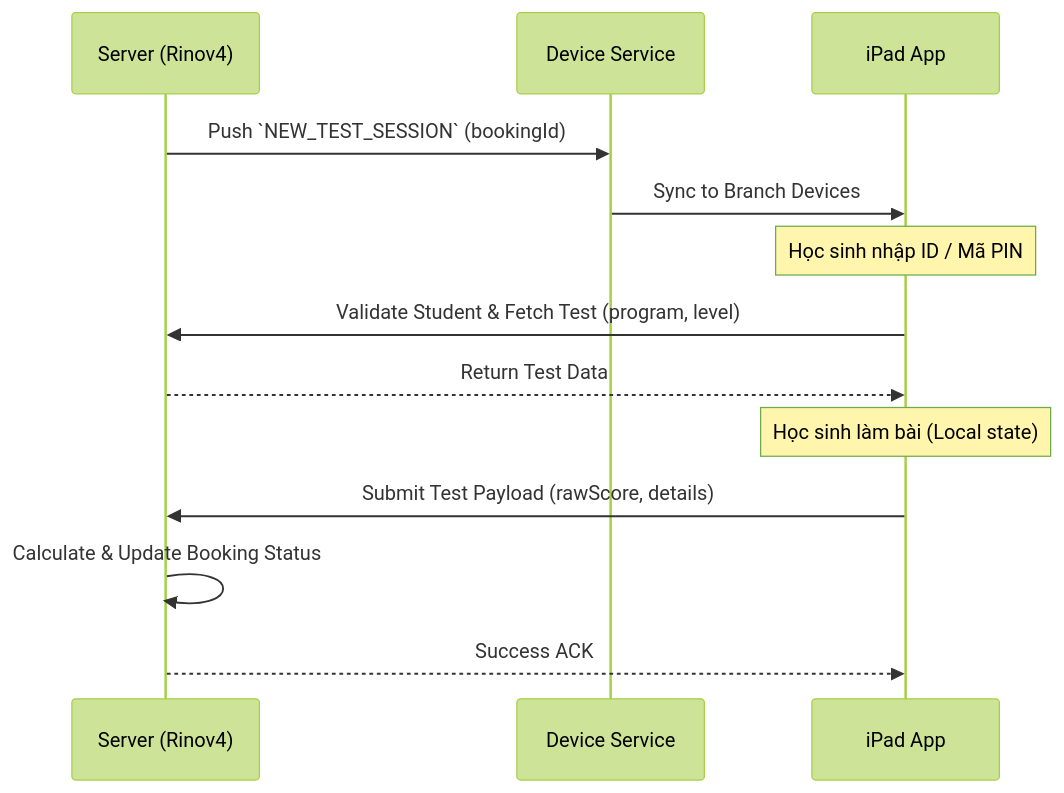
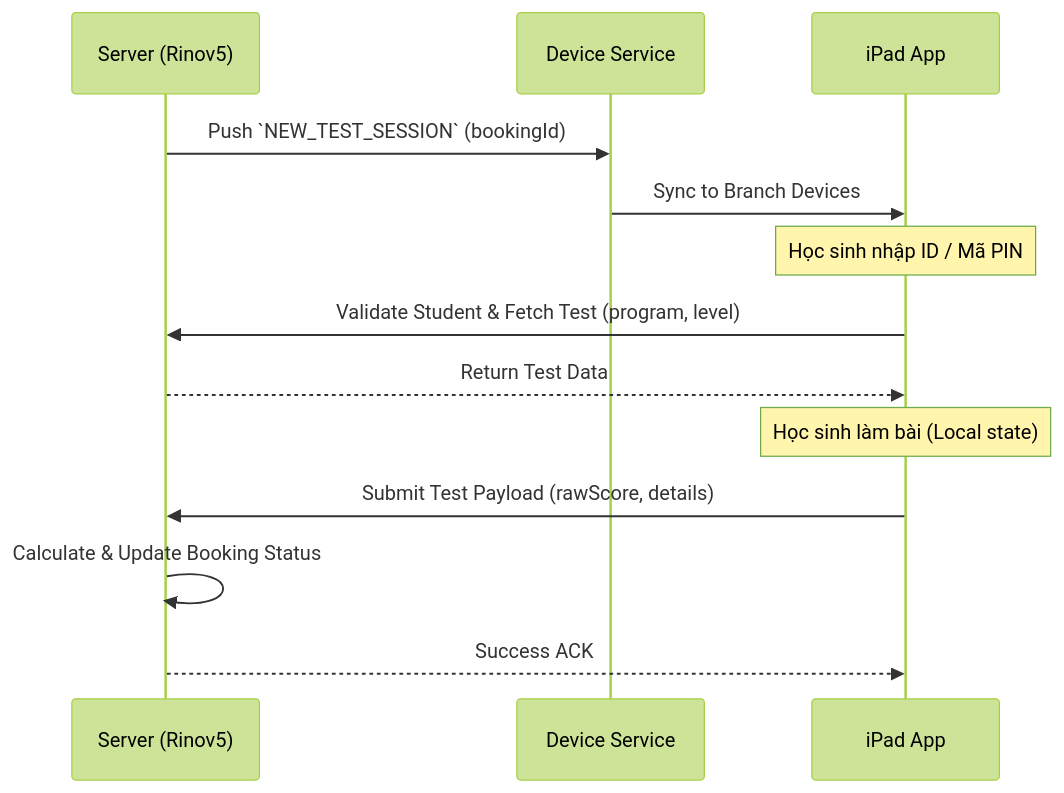
The diagram in docs/business-functions/US-BT05-thuc-thi-va-dong-bo-ket-qua-test-ipad.md (Gasyone/rinov5-station), drawn with Mermaid (forest theme) before and after one commit. The commit also changed other lines of this file and 679 other files, not shown here.

````diff
--- a/docs/business-functions/US-BT05-thuc-thi-va-dong-bo-ket-qua-test-ipad.md
+++ b/docs/business-functions/US-BT05-thuc-thi-va-dong-bo-ket-qua-test-ipad.md
@@ -20,16 +43,16 @@
 ```mermaid
 sequenceDiagram
-    participant S as Server (Rinov4)
+    participant S as Server (Rinov5)
     participant D as Device Service
     participant I as iPad App
     
     S->>D: Push `NEW_TEST_SESSION` (bookingId)
     D->>I: Sync to Branch Devices
     Note over I: Học sinh nhập ID / Mã PIN
     I->>S: Validate Student & Fetch Test (program, level)
     S-->>I: Return Test Data
     Note over I: Học sinh làm bài (Local state)
     I->>S: Submit Test Payload (rawScore, details)
     S->>S: Calculate & Update Booking Status
     S-->>I: Success ACK
 ```
````
